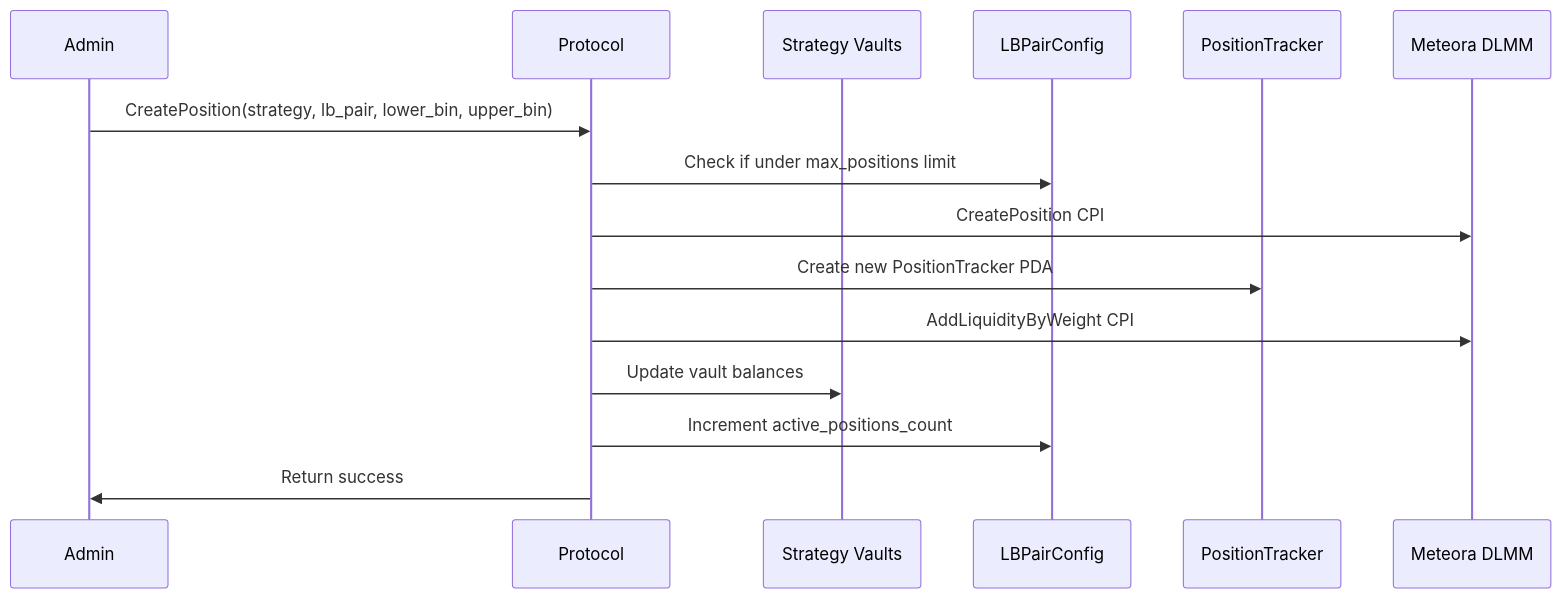
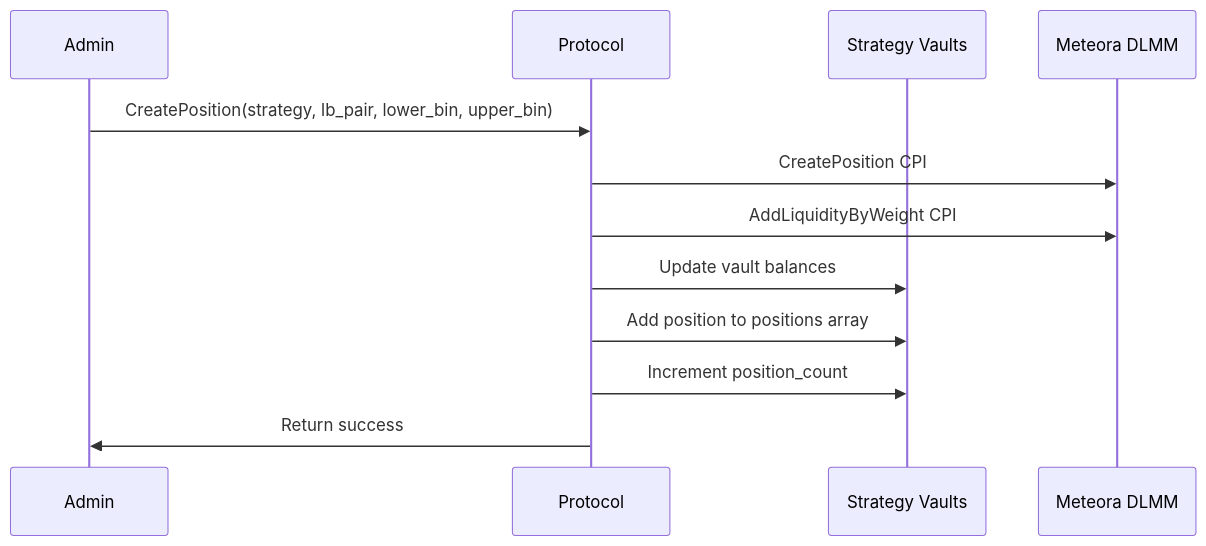
Before and after one commit to zenith-trade/maiker-contracts: the eighth of 8 diagrams in docs/DIAGRAMS.md, drawn with Mermaid. The commit also changed other lines of this file and 26 other files, not shown here.

````diff
--- a/docs/DIAGRAMS.md
+++ b/docs/DIAGRAMS.md
@@ -198,17 +187,14 @@
 ```mermaid
 sequenceDiagram
 participant Admin
 participant Protocol
 participant Strategy as Strategy Vaults
-participant LBPairConfig
-participant PositionTracker
 participant MeteoraDLMM as Meteora DLMM
 Admin->>Protocol: CreatePosition(strategy, lb_pair, lower_bin, upper_bin)
-Protocol->>LBPairConfig: Check if under max_positions limit
 Protocol->>MeteoraDLMM: CreatePosition CPI
-Protocol->>PositionTracker: Create new PositionTracker PDA
 Protocol->>MeteoraDLMM: AddLiquidityByWeight CPI
 Protocol->>Strategy: Update vault balances
-Protocol->>LBPairConfig: Increment active_positions_count
+Protocol->>Strategy: Add position to positions array
+Protocol->>Strategy: Increment position_count
 Protocol->>Admin: Return success
 ```
````
